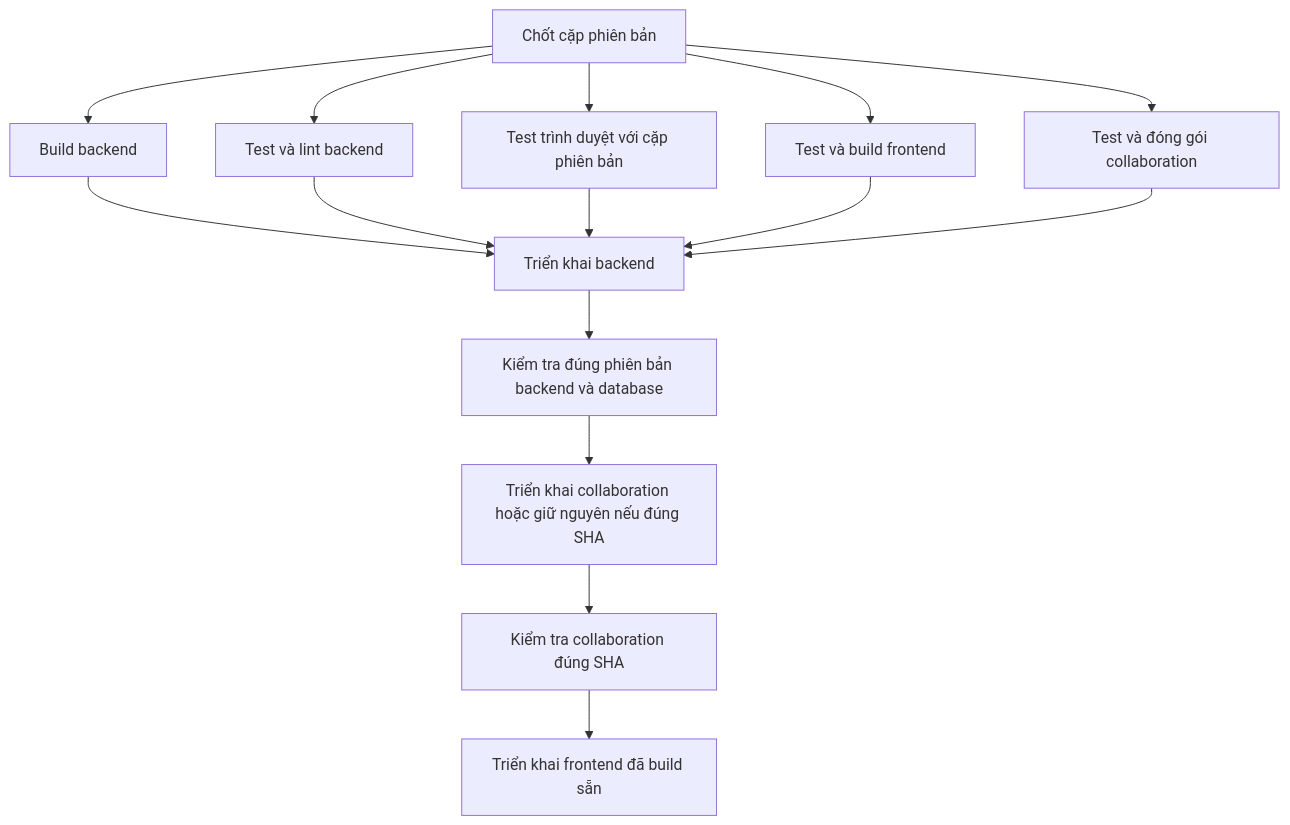
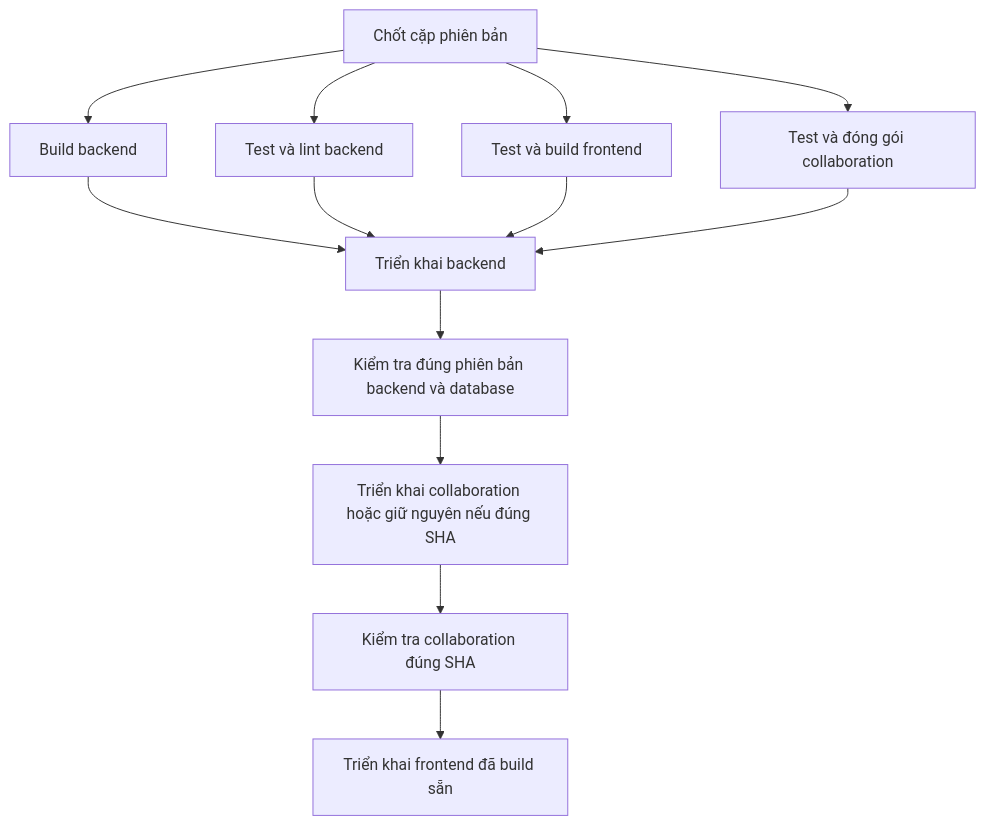
The diagram in deploy/README.md (thienbd203/pathnote), drawn with Mermaid before and after one commit. The commit also changed other lines of this file and 9 other files, not shown here.

````diff
--- a/deploy/README.md
+++ b/deploy/README.md
@@ -267,17 +267,15 @@
 ```mermaid
 flowchart TD
     Pair[Chốt cặp phiên bản] --> Web[Test và build frontend]
     Pair --> Collab[Test và đóng gói collaboration]
     Pair --> Check[Test và lint backend]
     Pair --> Rust
-    Pair --> Browser[Test trình duyệt với cặp phiên bản]
     Rust[Build backend] --> DeployRust[Triển khai backend]
     Check --> DeployRust
-    Browser --> DeployRust
     Web --> DeployRust[Triển khai backend]
     Collab --> DeployRust
     DeployRust --> Health[Kiểm tra đúng phiên bản backend và database]
     Health --> DeployCollab[Triển khai collaboration hoặc giữ nguyên nếu đúng SHA]
     DeployCollab --> CollabHealth[Kiểm tra collaboration đúng SHA]
     CollabHealth --> DeployWeb[Triển khai frontend đã build sẵn]
 ```
````
